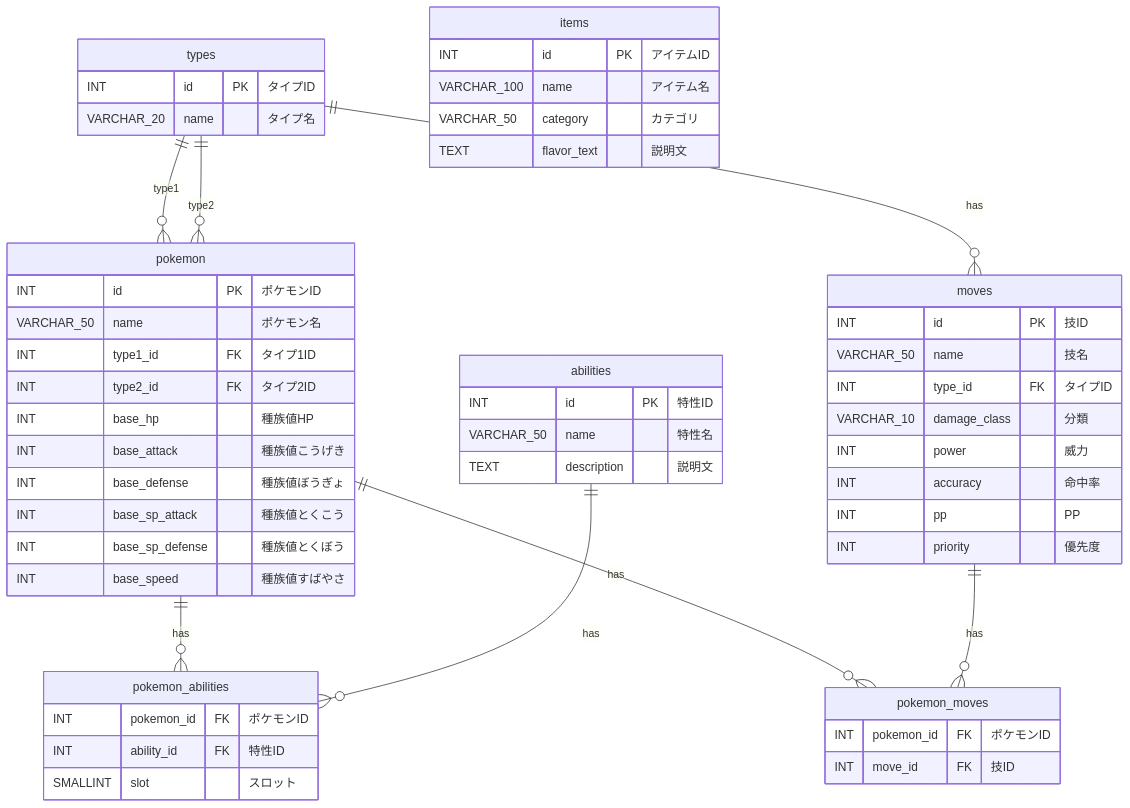
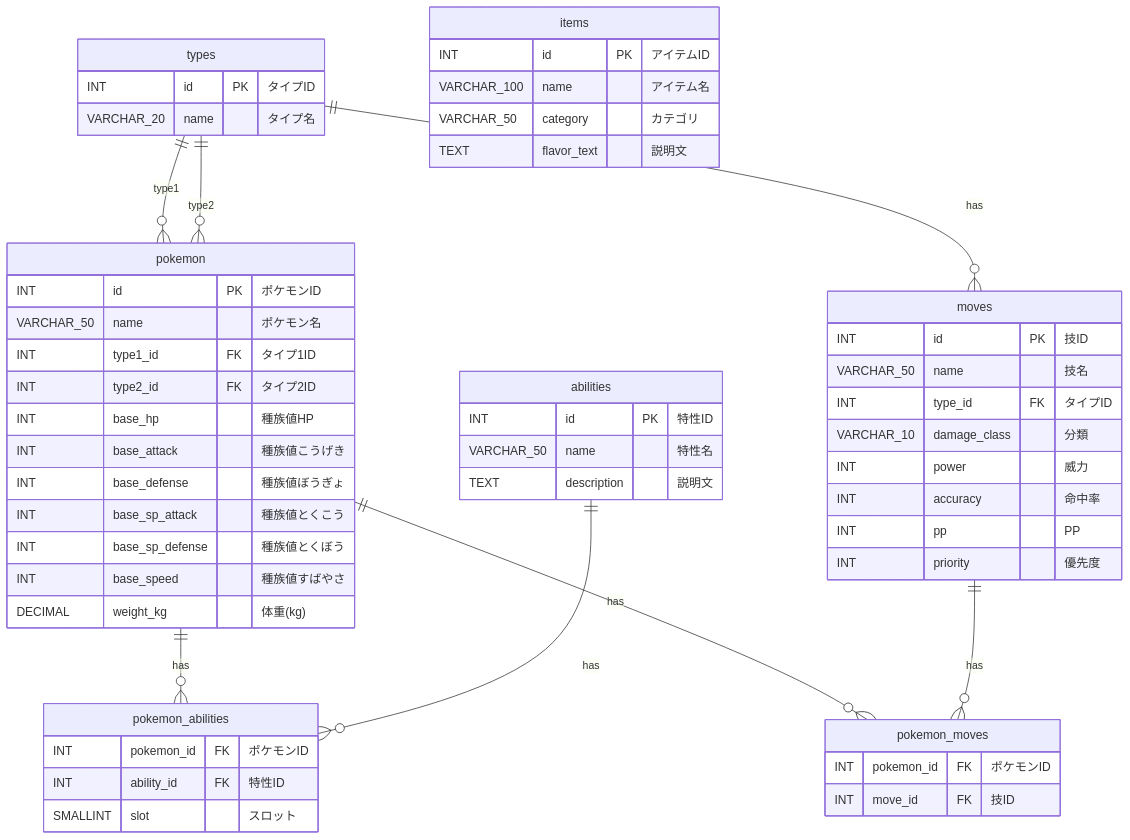
The diagram in docs/er/dex.md (Nahaq789/pob), drawn with Mermaid before and after one commit. The commit also changed 10 other files, not shown here.

````diff
--- a/docs/er/dex.md
+++ b/docs/er/dex.md
@@ -1,64 +1,65 @@
 ```mermaid
 erDiagram
     types {
         INT id PK "タイプID"
         VARCHAR_20 name "タイプ名"
     }
 
     pokemon {
         INT id PK "ポケモンID"
         VARCHAR_50 name "ポケモン名"
         INT type1_id FK "タイプ1ID"
         INT type2_id FK "タイプ2ID"
         INT base_hp "種族値HP"
         INT base_attack "種族値こうげき"
         INT base_defense "種族値ぼうぎょ"
         INT base_sp_attack "種族値とくこう"
         INT base_sp_defense "種族値とくぼう"
         INT base_speed "種族値すばやさ"
+        DECIMAL weight_kg "体重(kg)"
     }
 
     abilities {
         INT id PK "特性ID"
         VARCHAR_50 name "特性名"
         TEXT description "説明文"
     }
 
     pokemon_abilities {
         INT pokemon_id FK "ポケモンID"
         INT ability_id FK "特性ID"
         SMALLINT slot "スロット"
     }
 
     moves {
         INT id PK "技ID"
         VARCHAR_50 name "技名"
         INT type_id FK "タイプID"
         VARCHAR_10 damage_class "分類"
         INT power "威力"
         INT accuracy "命中率"
         INT pp "PP"
         INT priority "優先度"
     }
 
     pokemon_moves {
         INT pokemon_id FK "ポケモンID"
         INT move_id FK "技ID"
     }
 
     items {
         INT id PK "アイテムID"
         VARCHAR_100 name "アイテム名"
         VARCHAR_50 category "カテゴリ"
         TEXT flavor_text "説明文"
     }
 
     types ||--o{ pokemon : "type1"
     types ||--o{ pokemon : "type2"
     types ||--o{ moves : "has"
     pokemon ||--o{ pokemon_abilities : "has"
     abilities ||--o{ pokemon_abilities : "has"
     pokemon ||--o{ pokemon_moves : "has"
     moves ||--o{ pokemon_moves : "has"
 
 ```
````
